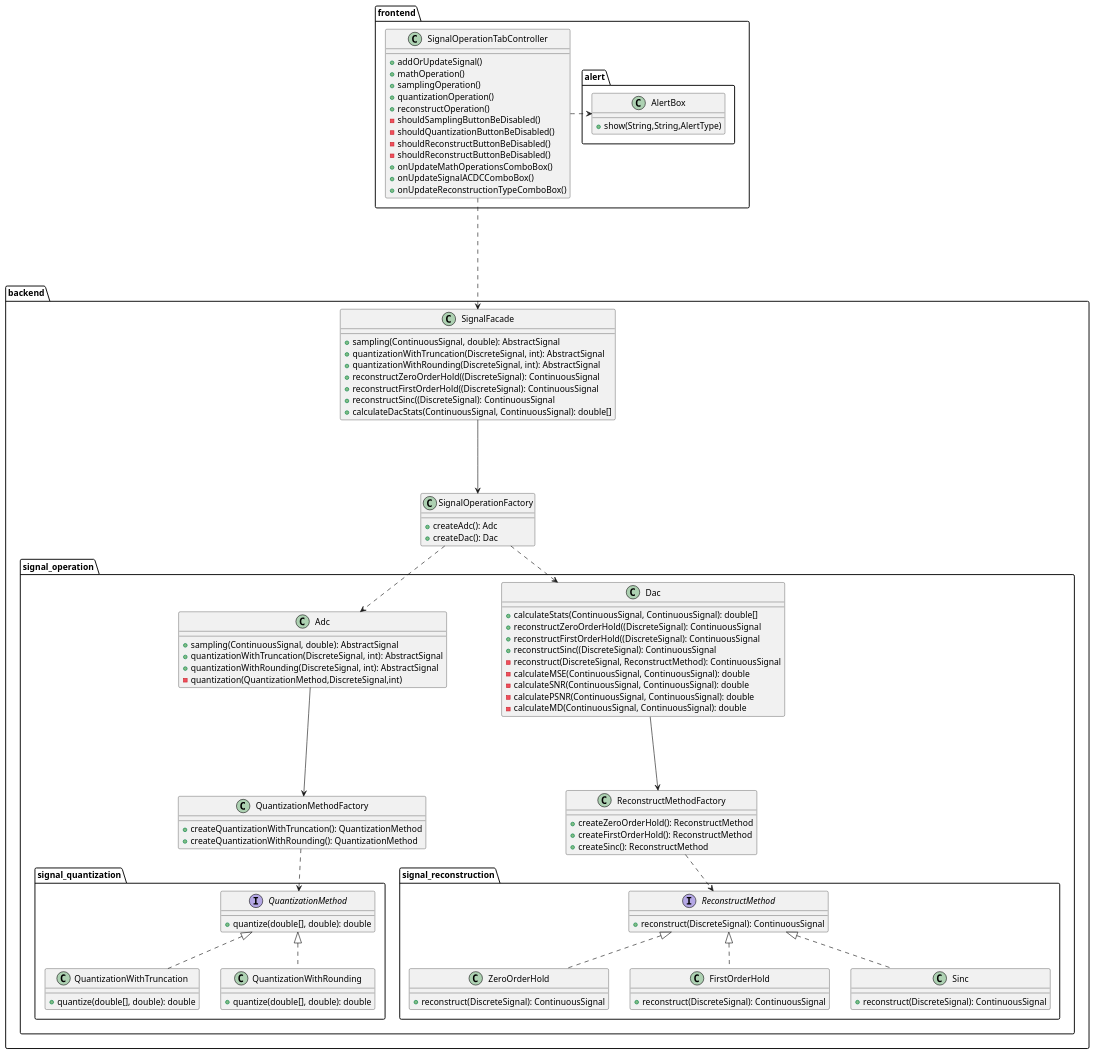
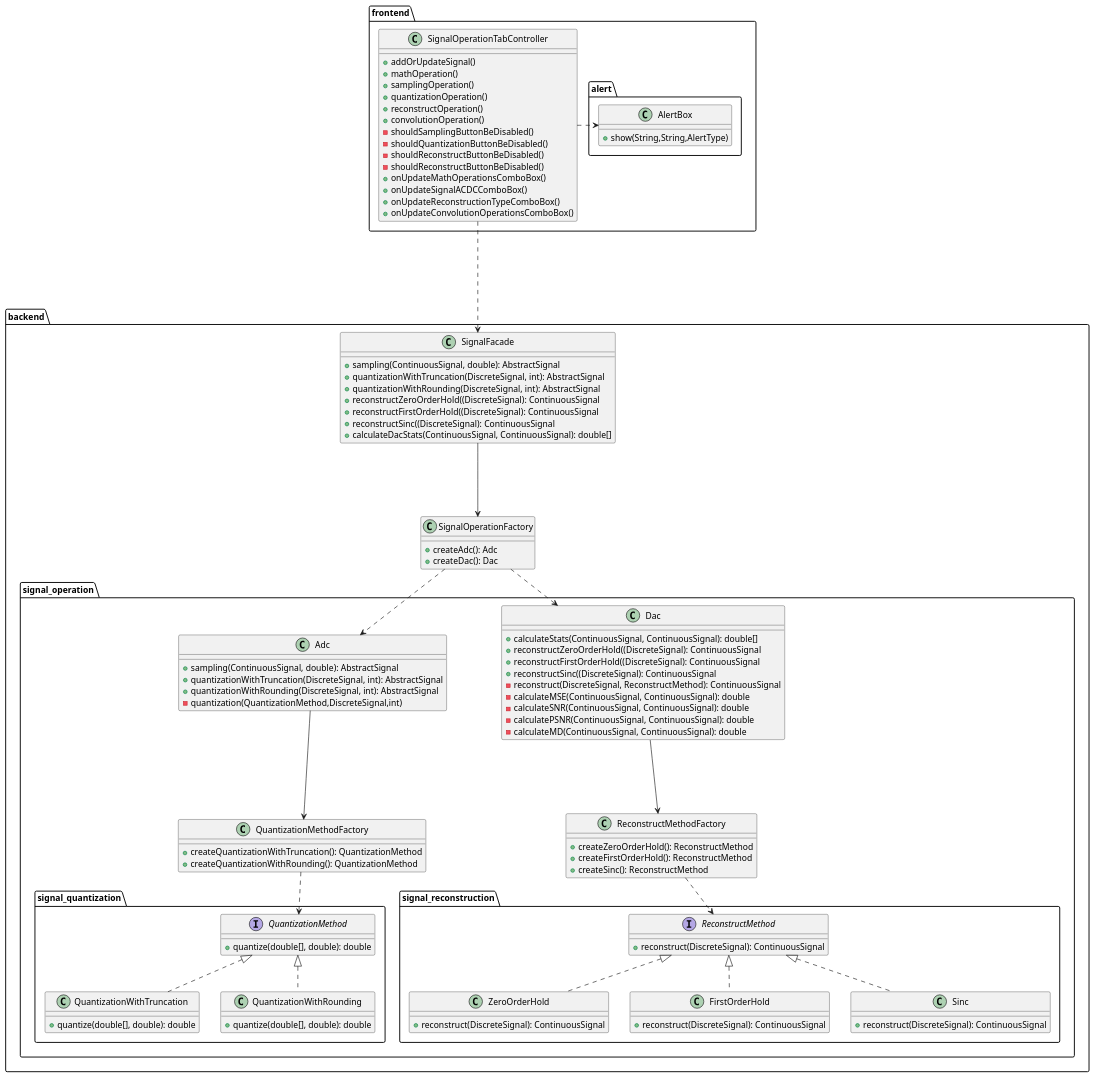
Before and after one commit to RadekBucki/DigitalSignalProcessing: the second of 3 diagrams in README.md, drawn with PlantUML. The commit also changed 4 other files, not shown here.

```diff
--- a/README.md
+++ b/README.md
@@ -363,6 +363,7 @@
         + samplingOperation()
         + quantizationOperation()
         + reconstructOperation()
+        + convolutionOperation()
         - shouldSamplingButtonBeDisabled()
         - shouldQuantizationButtonBeDisabled()
         - shouldReconstructButtonBeDisabled()
@@ -370,6 +371,7 @@
         + onUpdateMathOperationsComboBox()
         + onUpdateSignalACDCComboBox()
         + onUpdateReconstructionTypeComboBox()
+        + onUpdateConvolutionOperationsComboBox()
     }
     package alert {
         class AlertBox {
```
